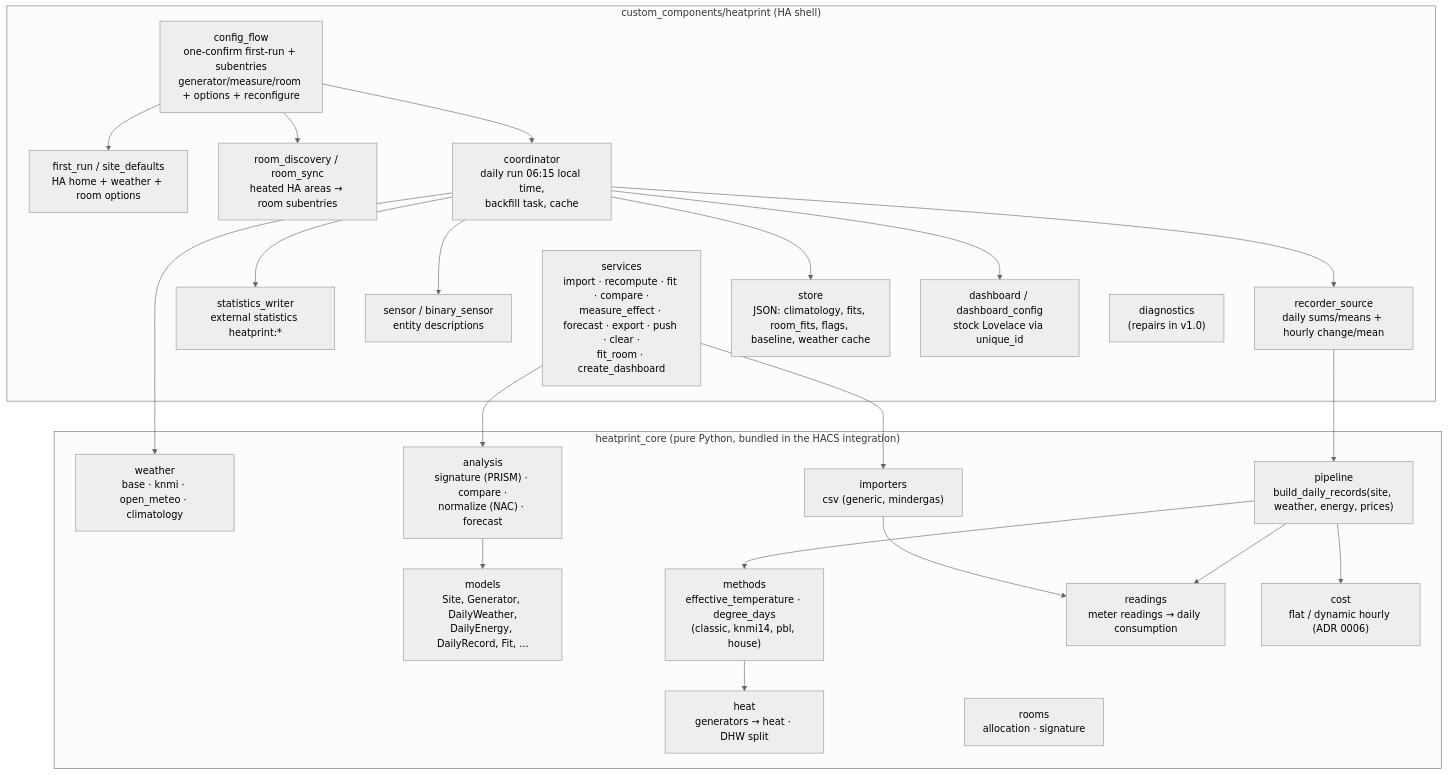
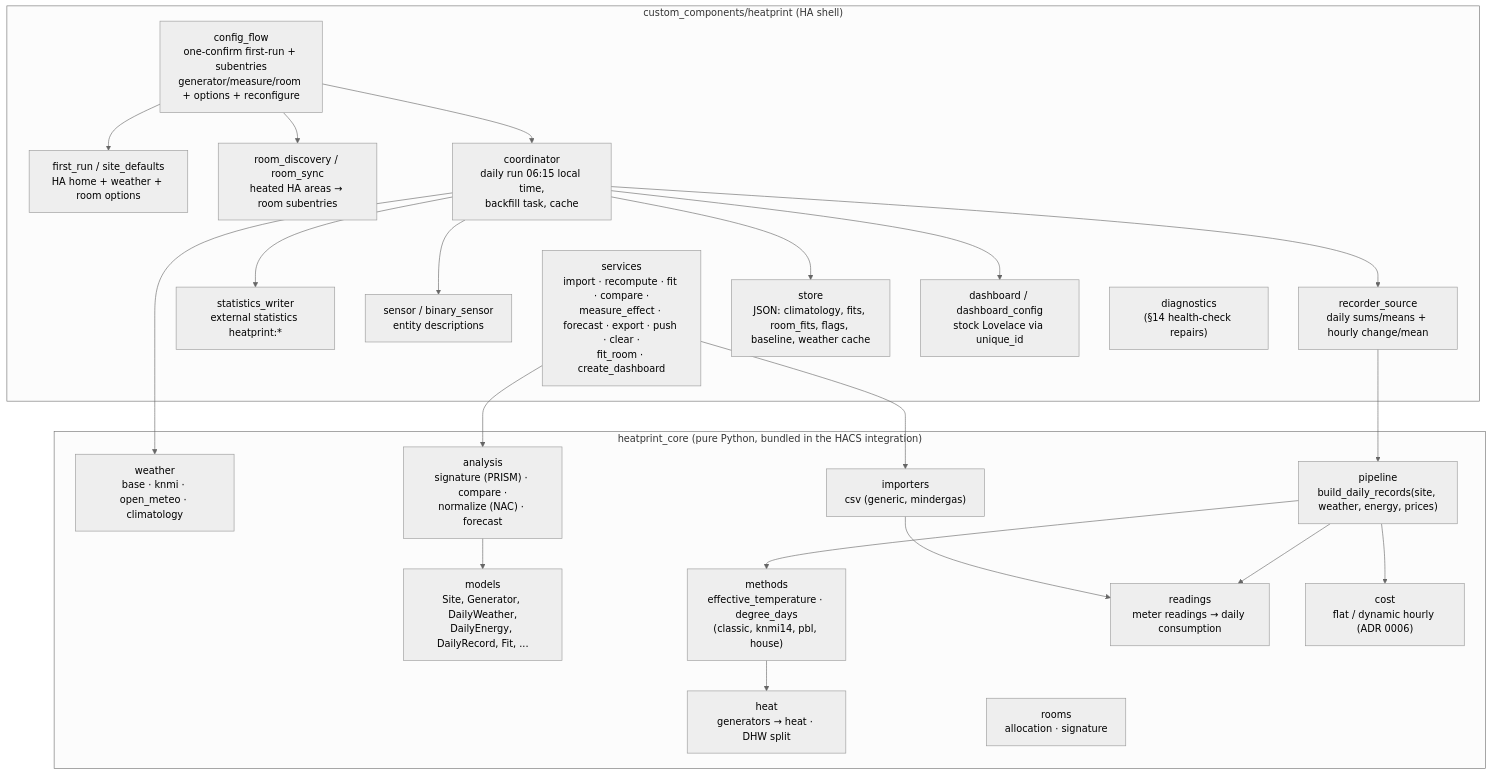
The second of 3 diagrams in docs/ARCHITECTURE.md (nicohabets/heatprint), drawn with Mermaid (neutral theme) before and after one commit. The commit also changed other lines of this file and 21 other files, not shown here.

First line of the commit message:
feat: METHODS §14 data-source health checks as HA repairs (0.2.5)

````diff
--- a/docs/ARCHITECTURE.md
+++ b/docs/ARCHITECTURE.md
@@ -53,45 +53,45 @@
 ```mermaid
 flowchart TB
     subgraph core["heatprint_core (pure Python, bundled in the HACS integration)"]
         M["models<br/>Site, Generator, DailyWeather,<br/>DailyEnergy, DailyRecord, Fit, ..."]
         W["weather<br/>base · knmi · open_meteo · climatology"]
         E["methods<br/>effective_temperature · degree_days<br/>(classic, knmi14, pbl, house)"]
         H["heat<br/>generators → heat · DHW split"]
         R["readings<br/>meter readings → daily consumption"]
         A["analysis<br/>signature (PRISM) · compare ·<br/>normalize (NAC) · forecast"]
         I["importers<br/>csv (generic, mindergas)"]
         P["pipeline<br/>build_daily_records(site, weather, energy, prices)"]
         C["cost<br/>flat / dynamic hourly (ADR 0006)"]
         RM["rooms<br/>allocation · signature"]
     end
 
     subgraph ha["custom_components/heatprint (HA shell)"]
         CF["config_flow<br/>one-confirm first-run + subentries<br/>generator/measure/room + options + reconfigure"]
         FR["first_run / site_defaults<br/>HA home + weather + room options"]
         RD["room_discovery / room_sync<br/>heated HA areas → room subentries"]
         CO["coordinator<br/>daily run 06:15 local time,<br/>backfill task, cache"]
         RS["recorder_source<br/>daily sums/means + hourly change/mean"]
         ST["statistics_writer<br/>external statistics heatprint:*"]
         SE["sensor / binary_sensor<br/>entity descriptions"]
         SV["services<br/>import · recompute · fit · compare ·<br/>measure_effect · forecast · export · push · clear ·<br/>fit_room · create_dashboard"]
         SR["store<br/>JSON: climatology, fits, room_fits, flags, baseline, weather cache"]
         DB["dashboard / dashboard_config<br/>stock Lovelace via unique_id"]
-        DG["diagnostics<br/>(repairs in v1.0)"]
+        DG["diagnostics<br/>(§14 health-check repairs)"]
     end
 
     CF --> FR
     CF --> RD
     CF --> CO
     CO --> RS --> P
     CO --> W
     P --> E --> H
     P --> R
     P --> C
     CO --> ST
     CO --> SE
     CO --> DB
     SV --> A
     SV --> I --> R
     CO --> SR
     A --> M
 ```
````
